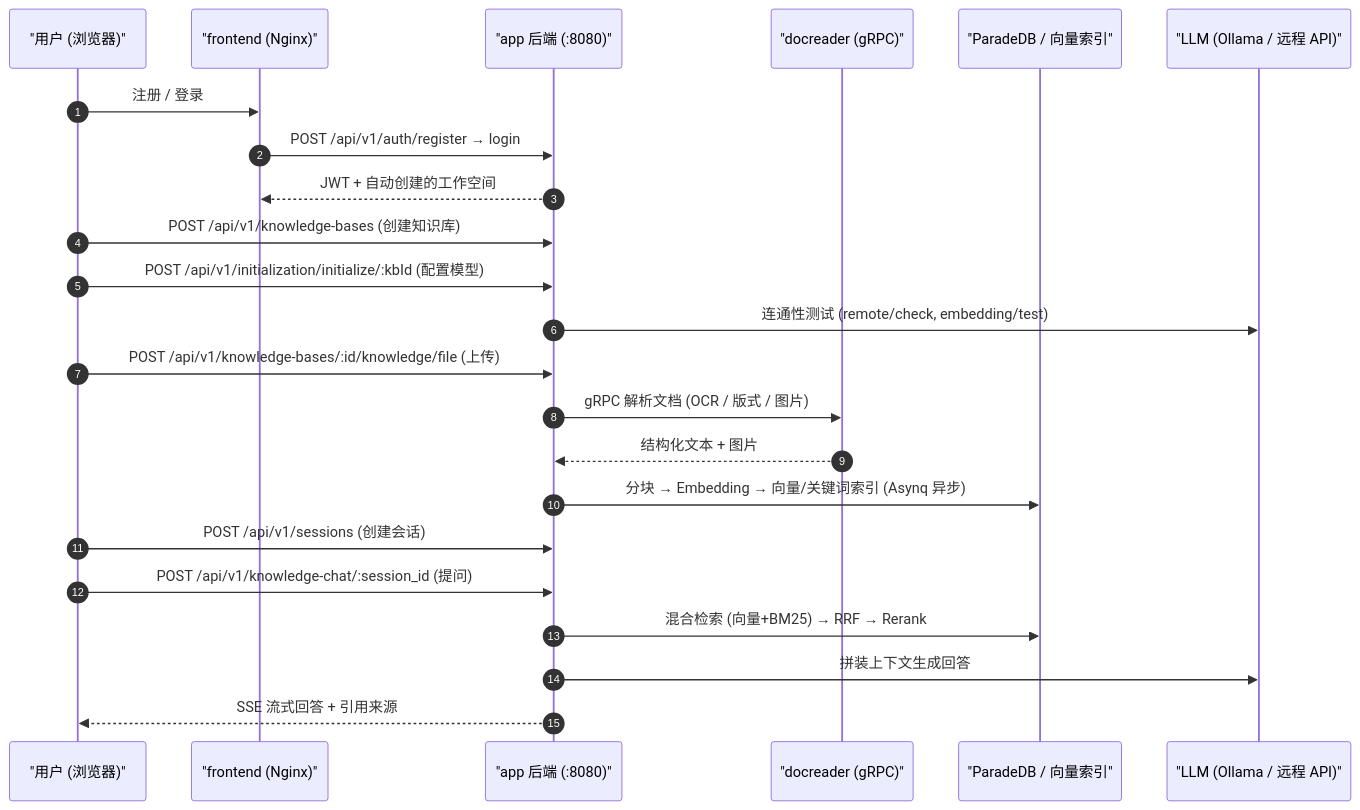
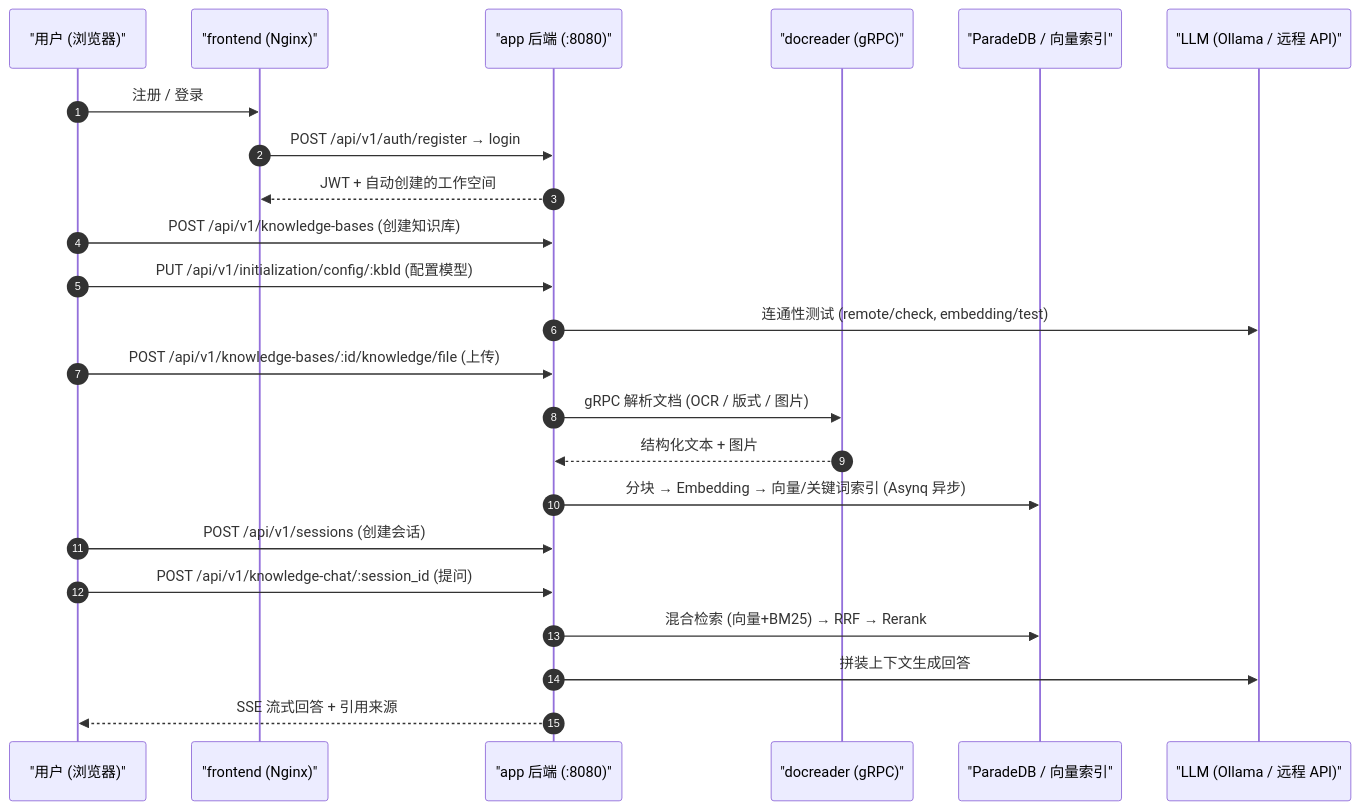
The diagram in website-docs/01-getting-started/03-quickstart.md (magicyuan876/Yuheng), drawn with Mermaid before and after one commit. The commit also changed other lines of this file and 160 other files, not shown here.

````diff
--- a/website-docs/01-getting-started/03-quickstart.md
+++ b/website-docs/01-getting-started/03-quickstart.md
@@ -162,25 +163,25 @@
 ```mermaid
 sequenceDiagram
     autonumber
     participant U as "用户 (浏览器)"
     participant FE as "frontend (Nginx)"
     participant APP as "app 后端 (:8080)"
     participant DR as "docreader (gRPC)"
     participant DB as "ParadeDB / 向量索引"
     participant LLM as "LLM (Ollama / 远程 API)"
     U->>FE: 注册 / 登录
     FE->>APP: POST /api/v1/auth/register → login
     APP-->>FE: JWT + 自动创建的工作空间
     U->>APP: POST /api/v1/knowledge-bases (创建知识库)
-    U->>APP: POST /api/v1/initialization/initialize/:kbId (配置模型)
+    U->>APP: PUT /api/v1/initialization/config/:kbId (配置模型)
     APP->>LLM: 连通性测试 (remote/check, embedding/test)
     U->>APP: POST /api/v1/knowledge-bases/:id/knowledge/file (上传)
     APP->>DR: gRPC 解析文档 (OCR / 版式 / 图片)
     DR-->>APP: 结构化文本 + 图片
     APP->>DB: 分块 → Embedding → 向量/关键词索引 (Asynq 异步)
     U->>APP: POST /api/v1/sessions (创建会话)
     U->>APP: POST /api/v1/knowledge-chat/:session_id (提问)
     APP->>DB: 混合检索 (向量+BM25) → RRF → Rerank
     APP->>LLM: 拼装上下文生成回答
     APP-->>U: SSE 流式回答 + 引用来源
 ```
````
